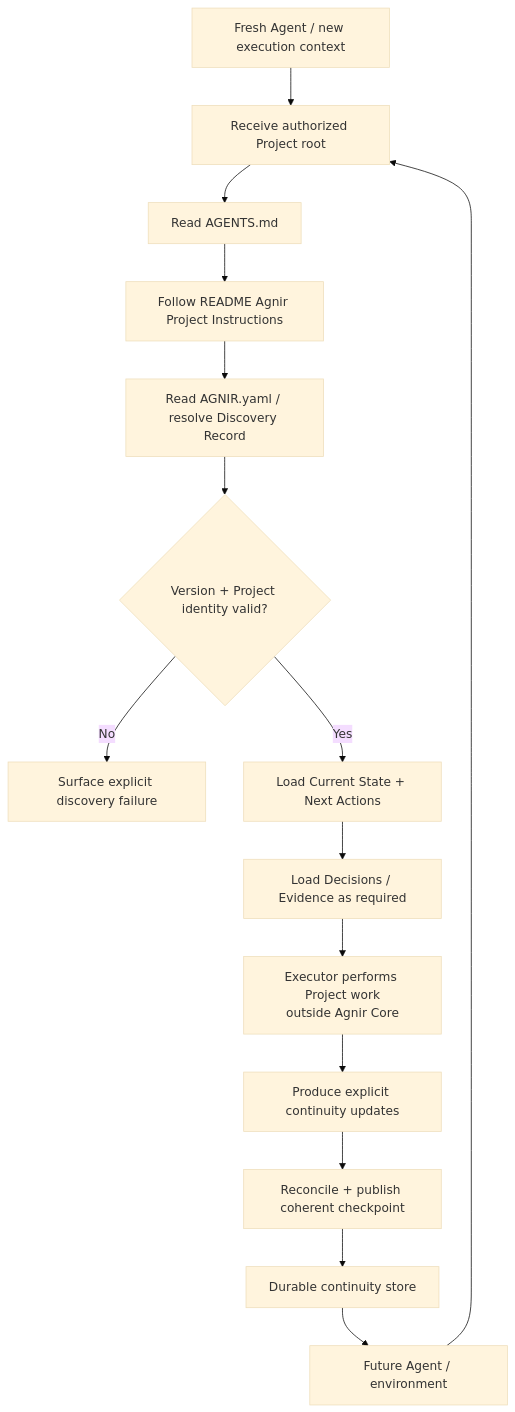
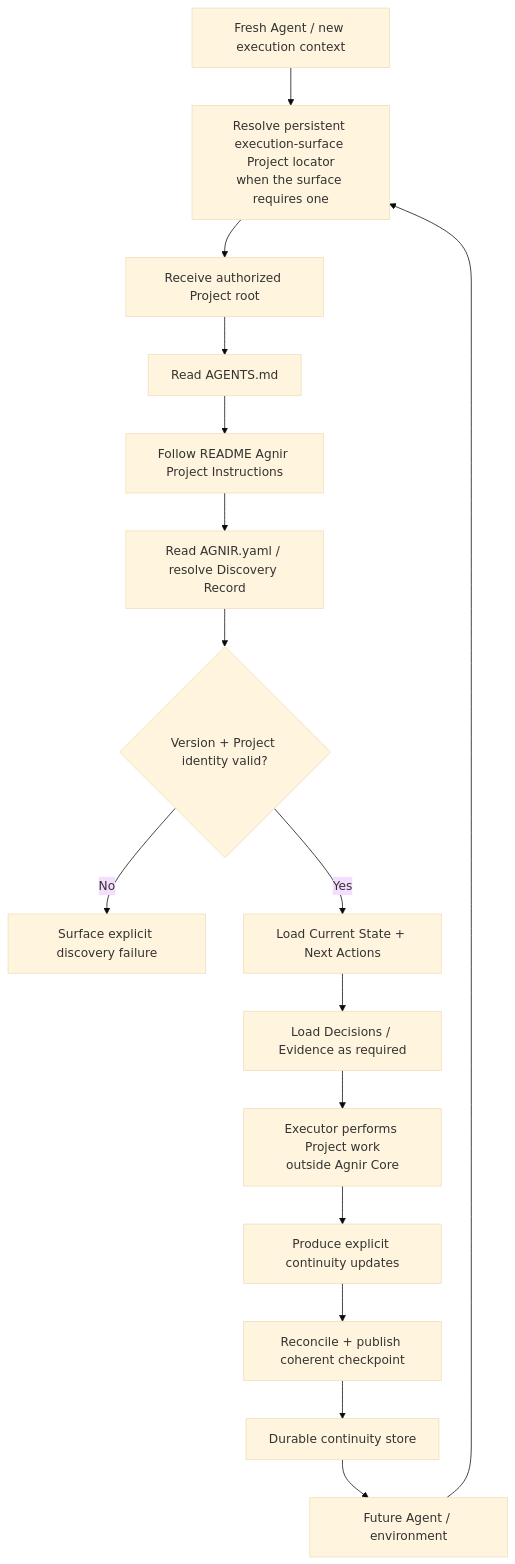
The second of 2 diagrams in README.md (iorLab/agnir), drawn with Mermaid (base theme) before and after one commit. The commit also changed other lines of this file and 2 other files, not shown here.

Commit message:
docs: explain execution-surface activation handoff

````diff
--- a/README.md
+++ b/README.md
@@ -136,17 +144,18 @@
 ```mermaid
 flowchart TD
-    C[Fresh Agent / new execution context] --> P[Receive authorized Project root]
+    C[Fresh Agent / new execution context] --> X[Resolve persistent execution-surface Project locator\nwhen the surface requires one]
+    X --> P[Receive authorized Project root]
     P --> A[Read AGENTS.md]
     A --> I[Follow README Agnir Project Instructions]
     I --> R[Read AGNIR.yaml / resolve Discovery Record]
     R --> V{Version + Project identity valid?}
     V -- No --> F[Surface explicit discovery failure]
     V -- Yes --> L[Load Current State + Next Actions]
     L --> Q[Load Decisions / Evidence as required]
     Q --> W[Executor performs Project work\noutside Agnir Core]
     W --> U[Produce explicit continuity updates]
     U --> K[Reconcile + publish coherent checkpoint]
     K --> S[Durable continuity store]
     S --> N[Future Agent / environment]
-    N --> P
+    N --> X
 ```
````
